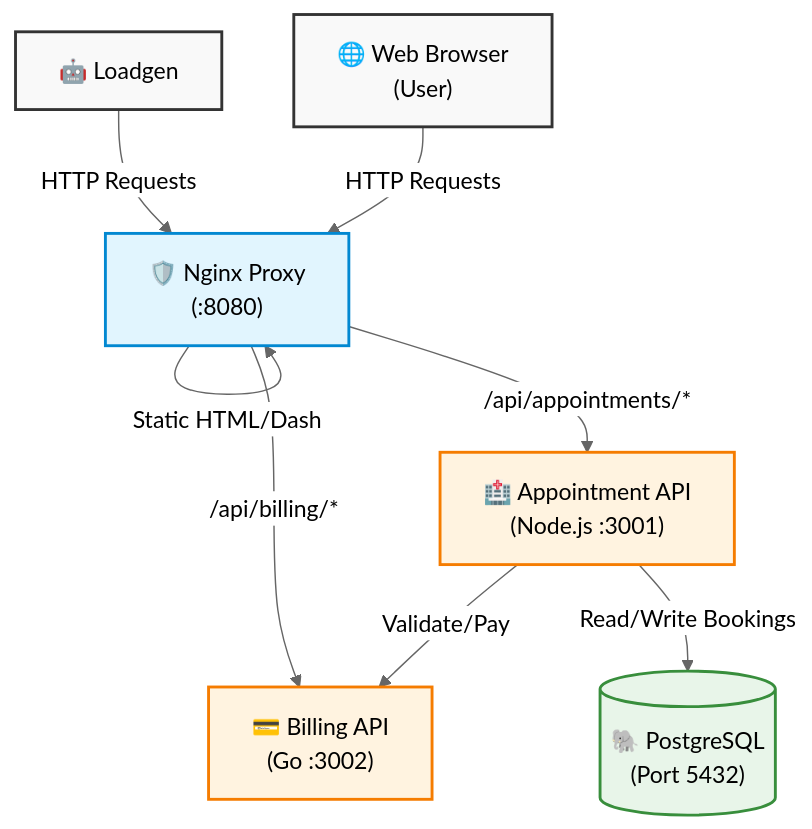
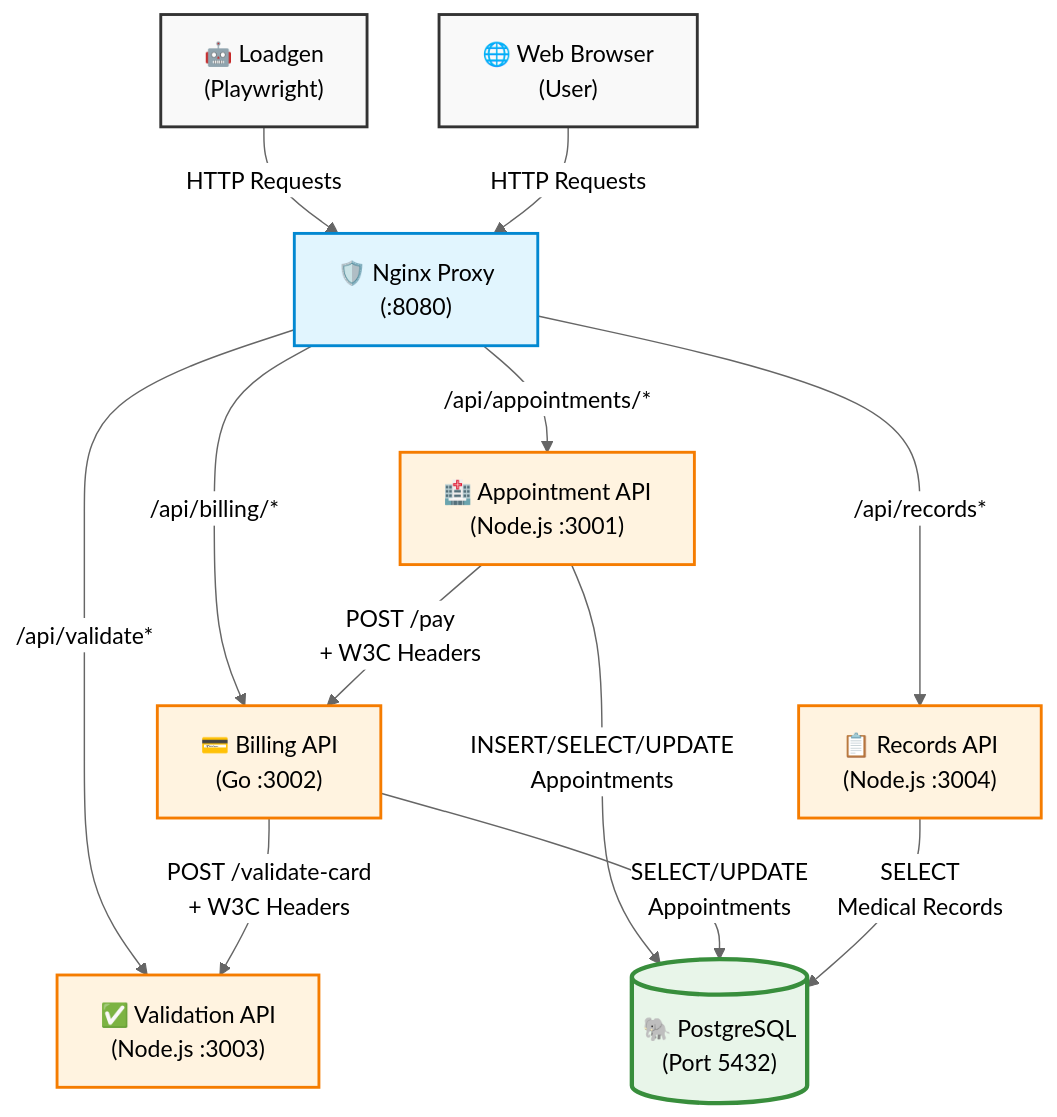
The diagram in README.md (pararadiptaa/mediora), drawn with Mermaid (neutral theme) before and after one commit. The commit also changed other lines of this file and 8 other files, not shown here.

First line of the commit message:
feat: complete mediora end-to-end architecture with Go, Node.js, and PostgreSQL

````diff
--- a/README.md
+++ b/README.md
@@ -13,30 +13,40 @@
 ```mermaid
 graph TD
     %% Define styles
     classDef client fill:#f9f9f9,stroke:#333,stroke-width:2px;
     classDef proxy fill:#e1f5fe,stroke:#0288d1,stroke-width:2px;
     classDef service fill:#fff3e0,stroke:#f57c00,stroke-width:2px;
-    classDef db fill:#e8f5e9,stroke:#388e3c,stroke-width:2px;
+    classDef db fill:#e8f5e9,stroke:#388e3c,stroke-width:3px;
 
     %% Nodes
-    Loadgen["🤖 Loadgen<br/>"]:::client
+    Loadgen["🤖 Loadgen<br/>(Playwright)"]:::client
     Browser["🌐 Web Browser<br/>(User)"]:::client
     
     Nginx["🛡️ Nginx Proxy<br/>(:8080)"]:::proxy
     
     ApptAPI["🏥 Appointment API<br/>(Node.js :3001)"]:::service
     BillingAPI["💳 Billing API<br/>(Go :3002)"]:::service
+    ValidationAPI["✅ Validation API<br/>(Node.js :3003)"]:::service
+    RecordsAPI["📋 Records API<br/>(Node.js :3004)"]:::service
     
     Postgres[("🐘 PostgreSQL<br/>(Port 5432)")]:::db
 
-    %% Connections
+    %% Connections - Clients to Proxy
     Loadgen -->|HTTP Requests| Nginx
     Browser -->|HTTP Requests| Nginx
     
-    Nginx -->|Static HTML/Dash| Nginx
+    %% Connections - Proxy to Services
     Nginx -->|/api/appointments/*| ApptAPI
     Nginx -->|/api/billing/*| BillingAPI
+    Nginx -->|/api/validate*| ValidationAPI
+    Nginx -->|/api/records*| RecordsAPI
     
-    ApptAPI -->|Validate/Pay| BillingAPI
-    ApptAPI -->|Read/Write Bookings| Postgres
+    %% Service-to-Service Connections
+    ApptAPI -->|POST /pay<br/>+ W3C Headers| BillingAPI
+    BillingAPI -->|POST /validate-card<br/>+ W3C Headers| ValidationAPI
+    
+    %% Database Connections
+    ApptAPI -->|INSERT/SELECT/UPDATE<br/>Appointments| Postgres
+    BillingAPI -->|SELECT/UPDATE<br/>Appointments| Postgres
+    RecordsAPI -->|SELECT<br/>Medical Records| Postgres
 ```
````
